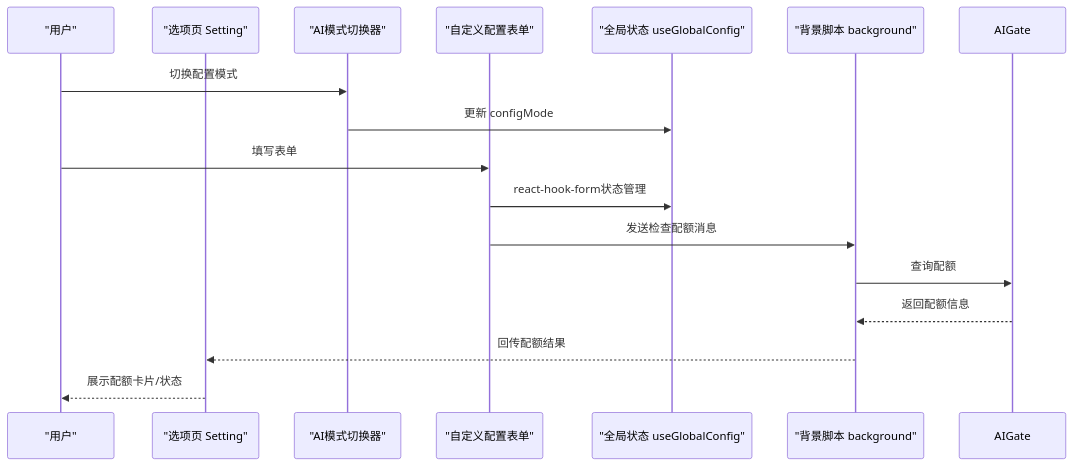
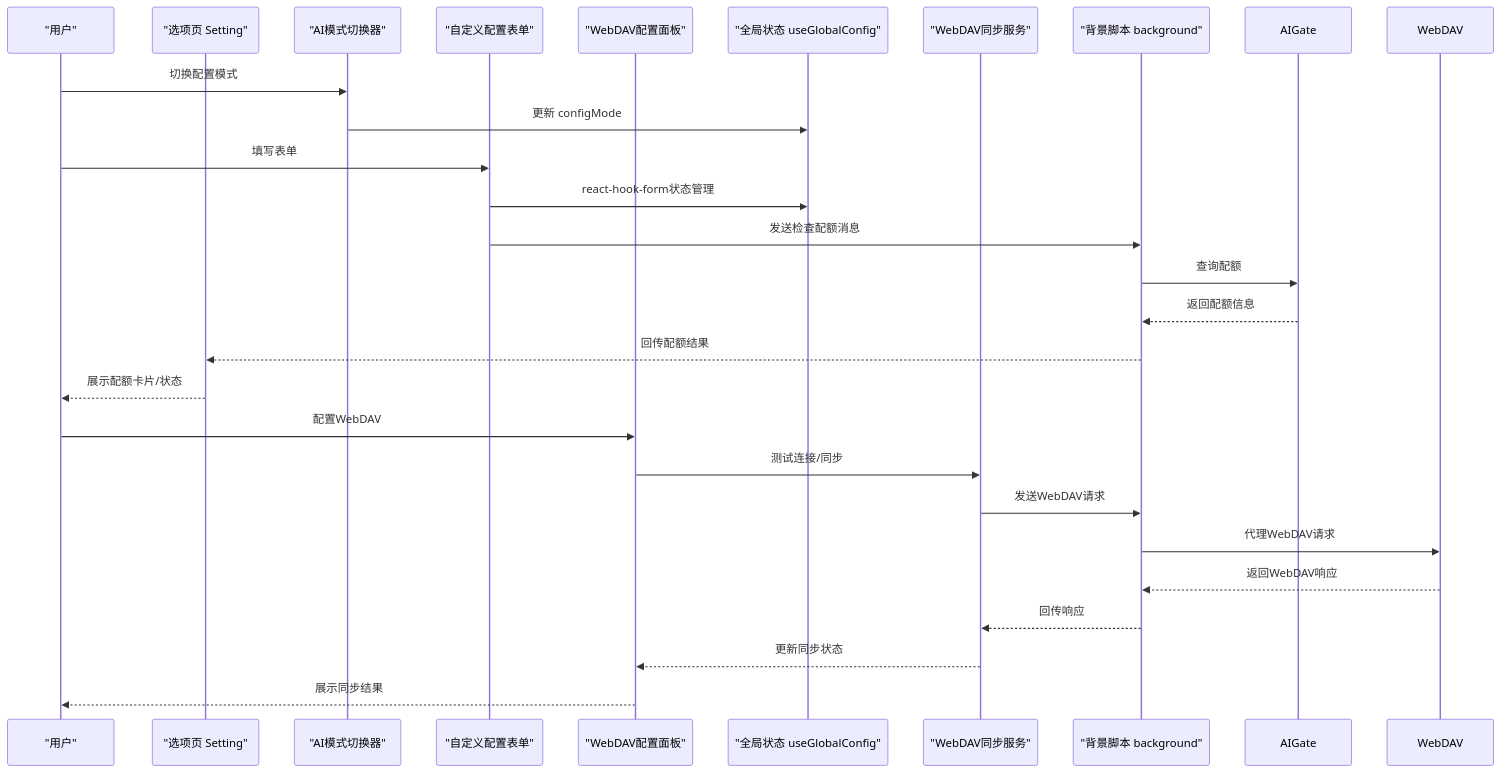
The second of 10 diagrams in .qoder/repowiki/zh/content/核心功能模块/配置管理系统.md (RadiumAg/bilibili-favorites), drawn with Mermaid before and after one commit. The commit also changed other lines of this file and 10 other files, not shown here.

First line of the commit message:
feat(WebDAV): 实现WebDAV配置面板的完整无障碍支持

````diff
--- a/.qoder/repowiki/zh/content/核心功能模块/配置管理系统.md
+++ b/.qoder/repowiki/zh/content/核心功能模块/配置管理系统.md
@@ -132,18 +153,28 @@
 ```mermaid
 sequenceDiagram
 participant User as "用户"
 participant Options as "选项页 Setting"
 participant Switch as "AI模式切换器"
 participant Form as "自定义配置表单"
+participant WebDAVPanel as "WebDAV配置面板"
 participant Store as "全局状态 useGlobalConfig"
-participant BG as "背景脚本 background"
+participant SyncService as "WebDAV同步服务"
+participant Background as "背景脚本 background"
 User->>Switch : 切换配置模式
 Switch->>Store : 更新 configMode
 User->>Form : 填写表单
 Form->>Store : react-hook-form状态管理
-Form->>BG : 发送检查配额消息
-BG->>AIGate : 查询配额
-AIGate-->>BG : 返回配额信息
-BG-->>Options : 回传配额结果
+Form->>Background : 发送检查配额消息
+Background->>AIGate : 查询配额
+AIGate-->>Background : 返回配额信息
+Background-->>Options : 回传配额结果
 Options-->>User : 展示配额卡片/状态
+User->>WebDAVPanel : 配置WebDAV
+WebDAVPanel->>SyncService : 测试连接/同步
+SyncService->>Background : 发送WebDAV请求
+Background->>WebDAV : 代理WebDAV请求
+WebDAV-->>Background : 返回WebDAV响应
+Background-->>SyncService : 回传响应
+SyncService-->>WebDAVPanel : 更新同步状态
+WebDAVPanel-->>User : 展示同步结果
 ```
````
